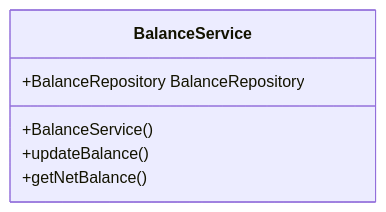
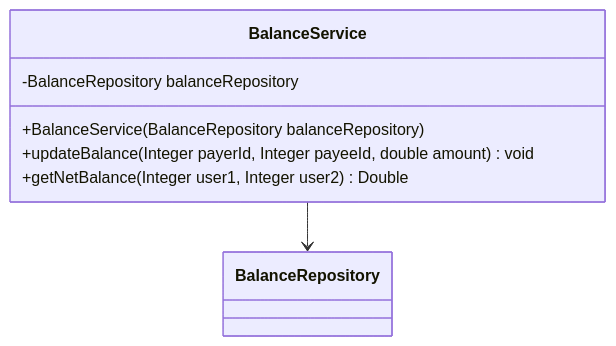
Before and after one commit to UniOfGreenwich/elee1149-coursework--team-chlk: the fourth of 4 diagrams in class_diagrams/balance_classes.md, drawn with Mermaid. The commit also changed other lines of this file, not shown here.

````diff
--- a/class_diagrams/balance_classes.md
+++ b/class_diagrams/balance_classes.md
@@ -28,7 +42,10 @@
 ```mermaid
-    classDiagram
-    BalanceService: +BalanceRepository BalanceRepository
-    BalanceService: +BalanceService()
-    BalanceService: +updateBalance()
-    BalanceService: +getNetBalance()
+classDiagram
+class BalanceService {
+    -BalanceRepository balanceRepository
+    +BalanceService(BalanceRepository balanceRepository)
+    +updateBalance(Integer payerId, Integer payeeId, double amount) void
+    +getNetBalance(Integer user1, Integer user2) Double
+}
+BalanceService --> BalanceRepository
 ```
````
